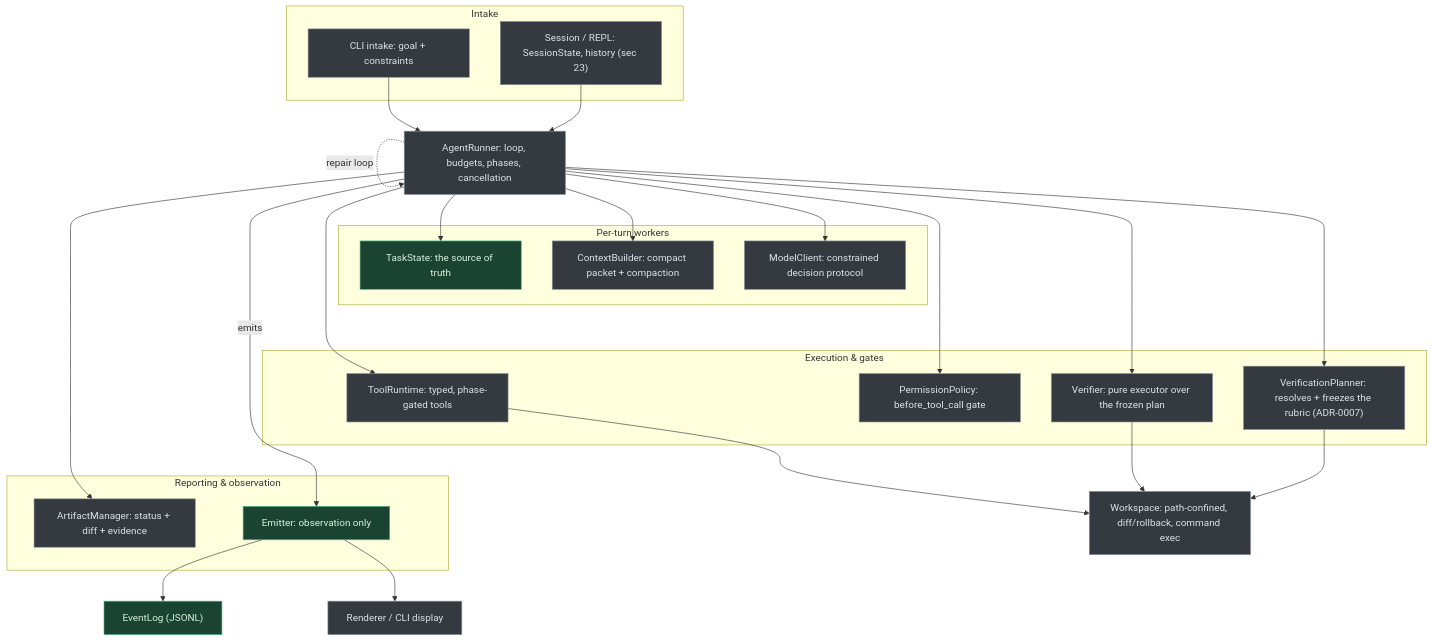
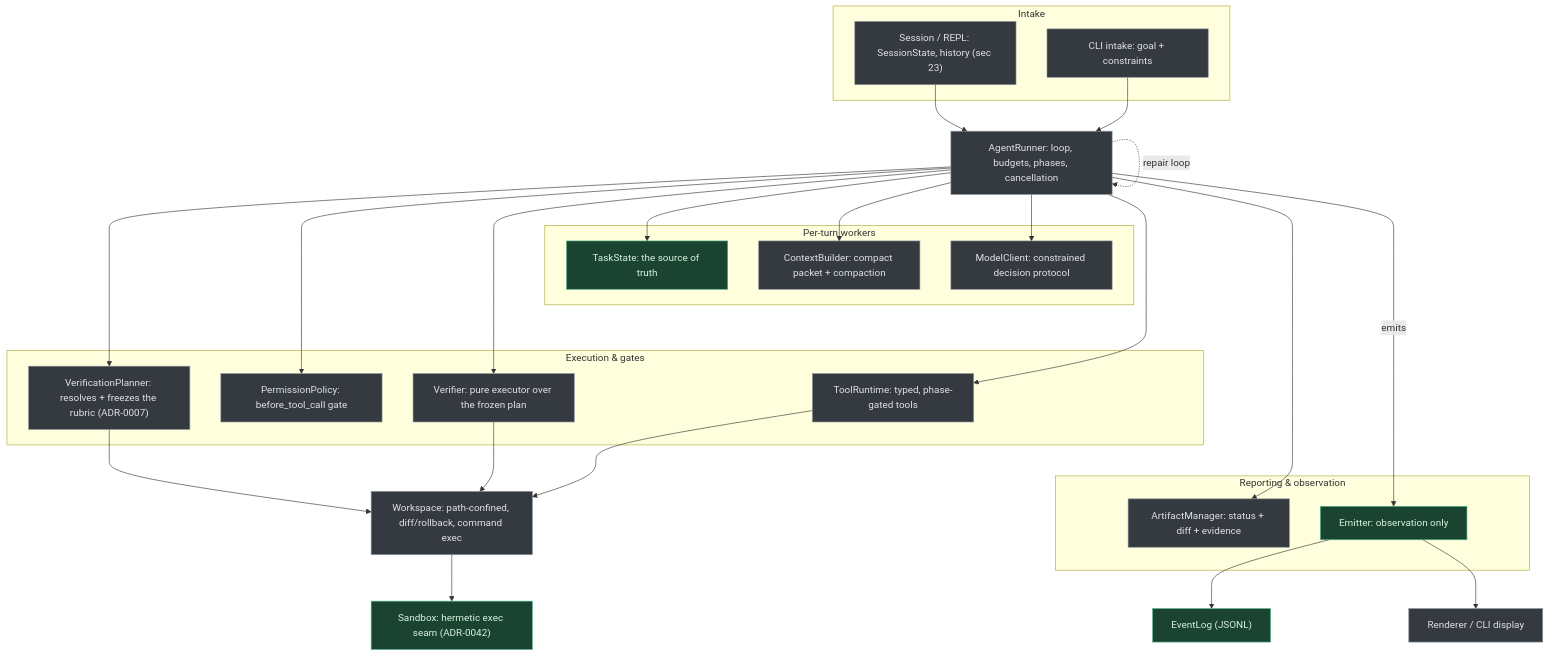
Before and after one commit to codexceed/avatar-harness: the first of 8 diagrams in ARCHITECTURE.md, drawn with Mermaid. The commit also changed other lines of this file and 132 other files, not shown here.

````diff
--- a/ARCHITECTURE.md
+++ b/ARCHITECTURE.md
@@ -19,54 +19,55 @@
 ```mermaid
 flowchart TD
     subgraph intake["Intake"]
         CLI["CLI intake: goal + constraints"]
         SESS["Session / REPL: SessionState, history (sec 23)"]
     end
 
     R["AgentRunner: loop, budgets, phases, cancellation"]
     R -.->|repair loop| R
 
     subgraph turn["Per-turn workers"]
         TS["TaskState: the source of truth"]
         CB["ContextBuilder: compact packet + compaction"]
         MC["ModelClient: constrained decision protocol"]
     end
 
     subgraph act["Execution & gates"]
         TR["ToolRuntime: typed, phase-gated tools"]
         PP["PermissionPolicy: before_tool_call gate"]
         VP["VerificationPlanner: resolves + freezes the rubric (ADR-0007)"]
         V["Verifier: pure executor over the frozen plan"]
     end
 
     subgraph report["Reporting & observation"]
         AM["ArtifactManager: status + diff + evidence"]
         EM["Emitter: observation only"]
     end
 
     CLI --> R
     SESS --> R
     R --> TS
     R --> CB
     R --> MC
     R --> TR
     R --> PP
     R --> VP
     R --> V
     R --> AM
     R -->|emits| EM
     EM --> EL["EventLog (JSONL)"]
     EM --> UI["Renderer / CLI display"]
     TR --> WS["Workspace: path-confined, diff/rollback, command exec"]
     V --> WS
     VP --> WS
+    WS --> SB["Sandbox: hermetic exec seam (ADR-0042)"]
 
     %% force the tiers to stack vertically into one column
     turn ~~~ act
     act ~~~ report
 
     classDef done fill:#1b4332,stroke:#52b788,color:#d8f3dc;
     classDef todo fill:#343a40,stroke:#868e96,color:#dee2e6;
-    class TS,EM,EL done;
+    class TS,EM,EL,SB done;
     class SESS,CLI,R,CB,MC,TR,PP,VP,V,AM,UI,WS todo;
 ```
````
